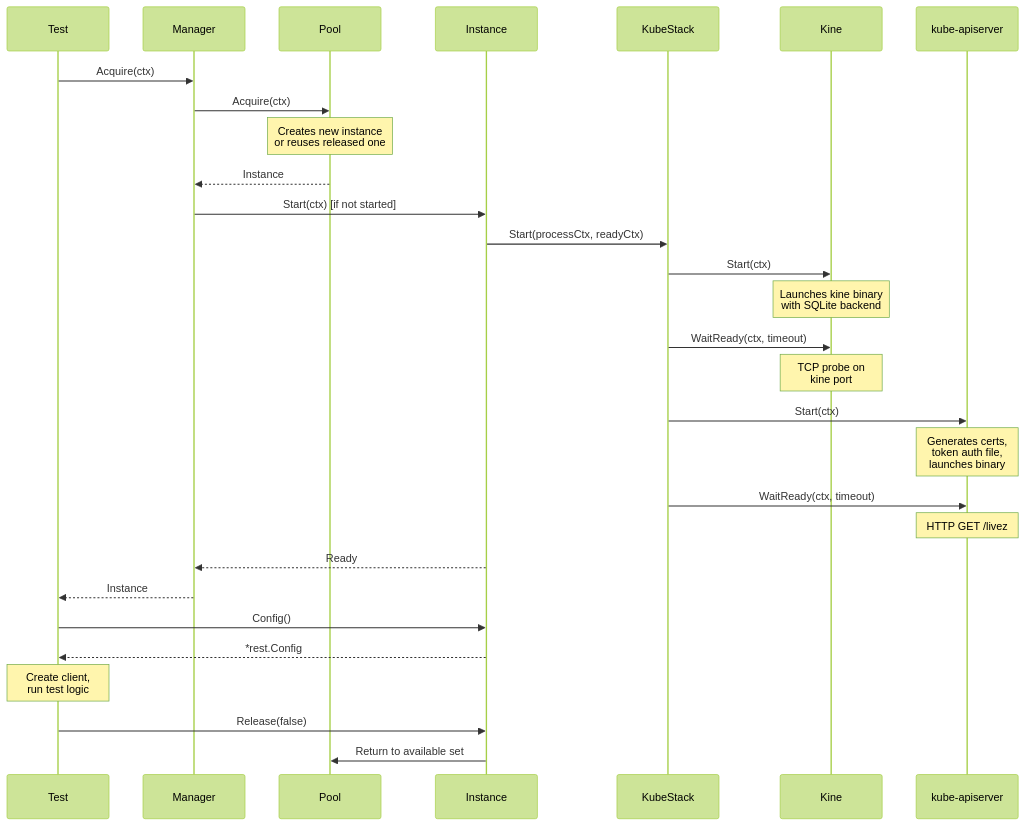
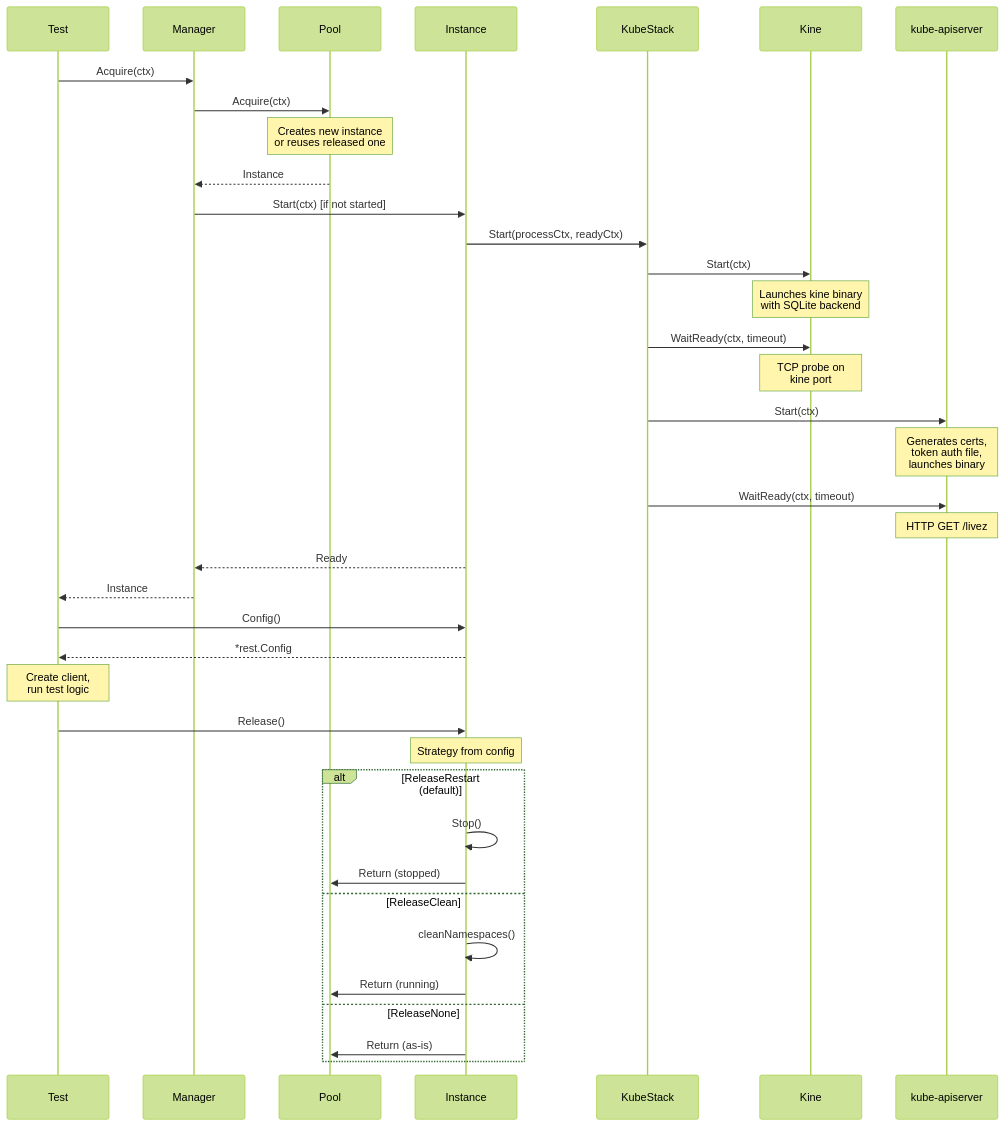
The first of 3 diagrams in docs/reference/data-flow.md (giantswarm/k8senv), drawn with Mermaid (forest theme) before and after one commit. The commit also changed other lines of this file and 43 other files, not shown here.

````diff
--- a/docs/reference/data-flow.md
+++ b/docs/reference/data-flow.md
@@ -7,39 +7,49 @@
 ```mermaid
 sequenceDiagram
     participant Test
     participant Manager
     participant Pool
     participant Instance
     participant Stack as KubeStack
     participant Kine
     participant APIServer as kube-apiserver
 
     Test->>Manager: Acquire(ctx)
     Manager->>Pool: Acquire(ctx)
     Note over Pool: Creates new instance<br/>or reuses released one
 
     Pool-->>Manager: Instance
     Manager->>Instance: Start(ctx) [if not started]
 
     Instance->>Stack: Start(processCtx, readyCtx)
     Stack->>Kine: Start(ctx)
     Note over Kine: Launches kine binary<br/>with SQLite backend
     Stack->>Kine: WaitReady(ctx, timeout)
     Note over Kine: TCP probe on<br/>kine port
 
     Stack->>APIServer: Start(ctx)
     Note over APIServer: Generates certs,<br/>token auth file,<br/>launches binary
     Stack->>APIServer: WaitReady(ctx, timeout)
     Note over APIServer: HTTP GET /livez
 
     Instance-->>Manager: Ready
     Manager-->>Test: Instance
 
     Test->>Instance: Config()
     Instance-->>Test: *rest.Config
 
     Note over Test: Create client,<br/>run test logic
 
-    Test->>Instance: Release(false)
-    Instance->>Pool: Return to available set
+    Test->>Instance: Release()
+    Note over Instance: Strategy from config
+
+    alt ReleaseRestart (default)
+        Instance->>Instance: Stop()
+        Instance->>Pool: Return (stopped)
+    else ReleaseClean
+        Instance->>Instance: cleanNamespaces()
+        Instance->>Pool: Return (running)
+    else ReleaseNone
+        Instance->>Pool: Return (as-is)
+    end
 ```
````
